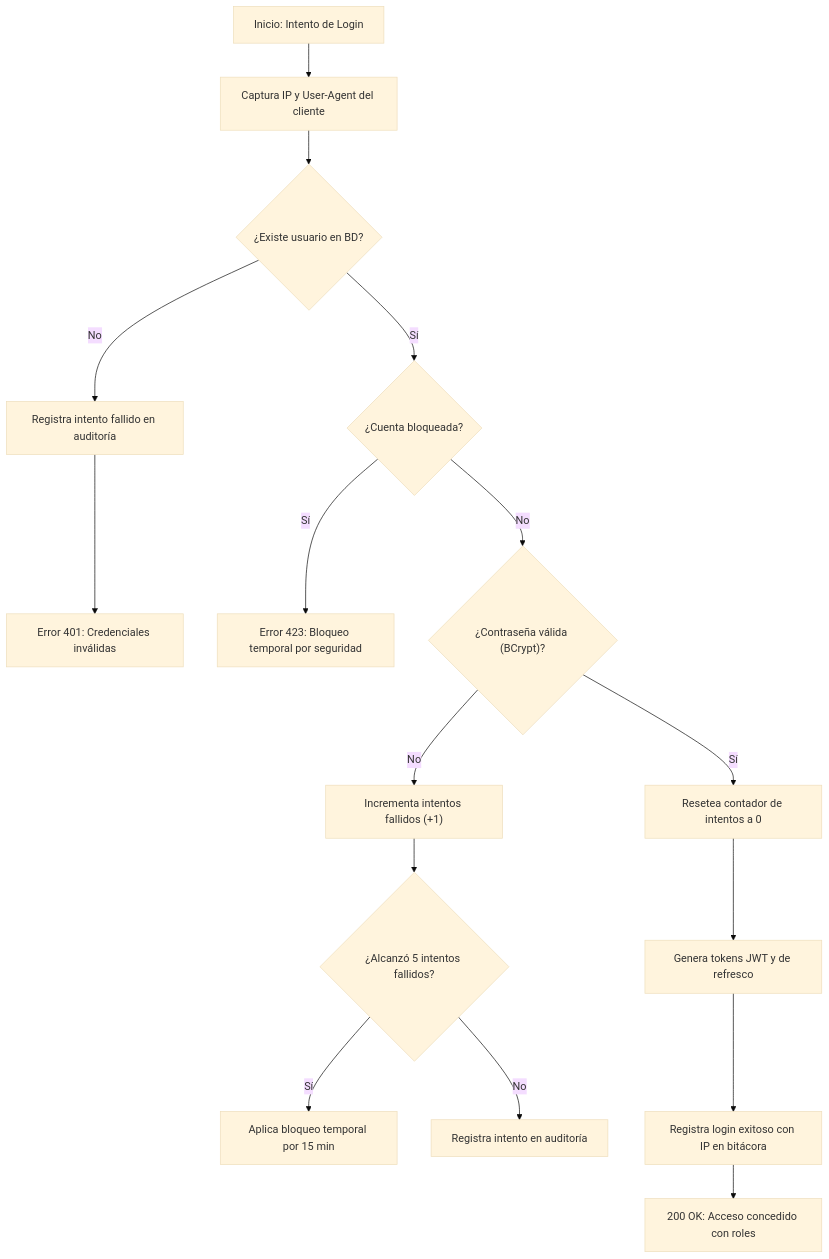
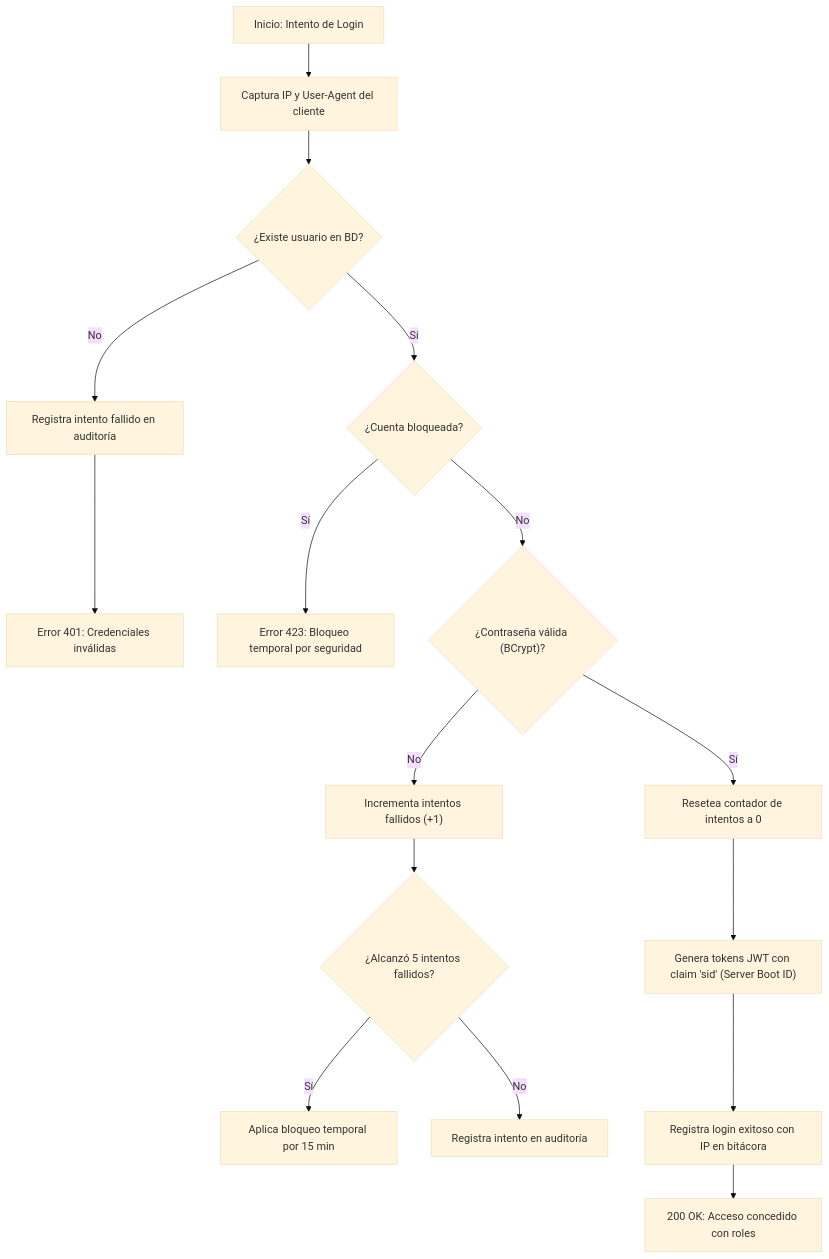
One commit to MrCarlos17A/TechZone changed the fifth of 9 diagrams in README.md. Above: the diagram before and after it, drawn with Mermaid (base theme). The commit also changed other lines of this file, not shown here.

````diff
--- a/README.md
+++ b/README.md
@@ -221,21 +237,21 @@
 ```mermaid
 flowchart TD
     START["Inicio: Intento de Login"] --> CAPTURA["Captura IP y User-Agent del cliente"]
     CAPTURA --> BUSCA{"¿Existe usuario en BD?"}
     
     BUSCA -- No --> LOG_FAIL1["Registra intento fallido en auditoría"] --> RET_401["Error 401: Credenciales inválidas"]
     
     BUSCA -- Sí --> CHECK_LOCK{"¿Cuenta bloqueada?"}
     CHECK_LOCK -- Sí --> RET_423["Error 423: Bloqueo temporal por seguridad"]
     
     CHECK_LOCK -- No --> PASS{"¿Contraseña válida (BCrypt)?"}
     PASS -- No --> INC_FAIL["Incrementa intentos fallidos (+1)"]
     INC_FAIL --> REACH_LIMIT{"¿Alcanzó 5 intentos fallidos?"}
     REACH_LIMIT -- Sí --> LOCK_USER["Aplica bloqueo temporal por 15 min"]
     REACH_LIMIT -- No --> LOG_FAIL2["Registra intento en auditoría"]
     
     PASS -- Sí --> RESET["Resetea contador de intentos a 0"]
-    RESET --> GEN_JWT["Genera tokens JWT y de refresco"]
+    RESET --> GEN_JWT["Genera tokens JWT con claim 'sid' (Server Boot ID)"]
     GEN_JWT --> LOG_OK["Registra login exitoso con IP en bitácora"]
     LOG_OK --> SEND_TOKEN["200 OK: Acceso concedido con roles"]
 ```
````
